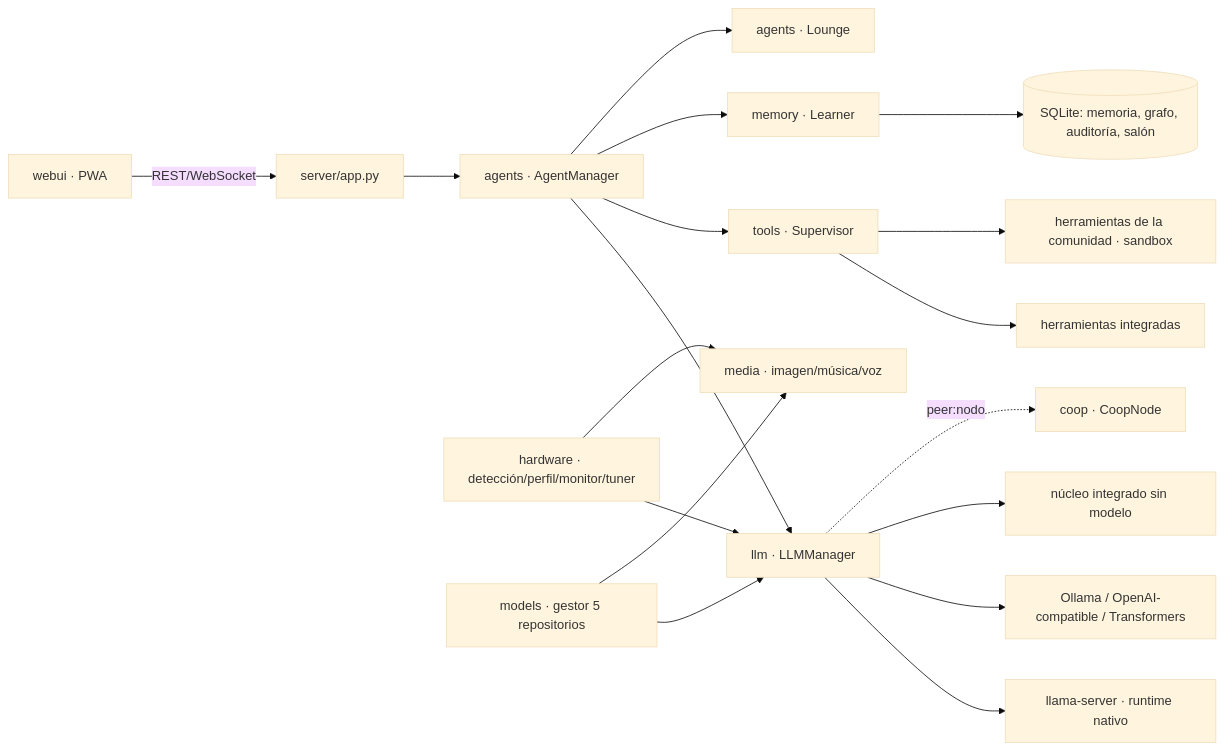
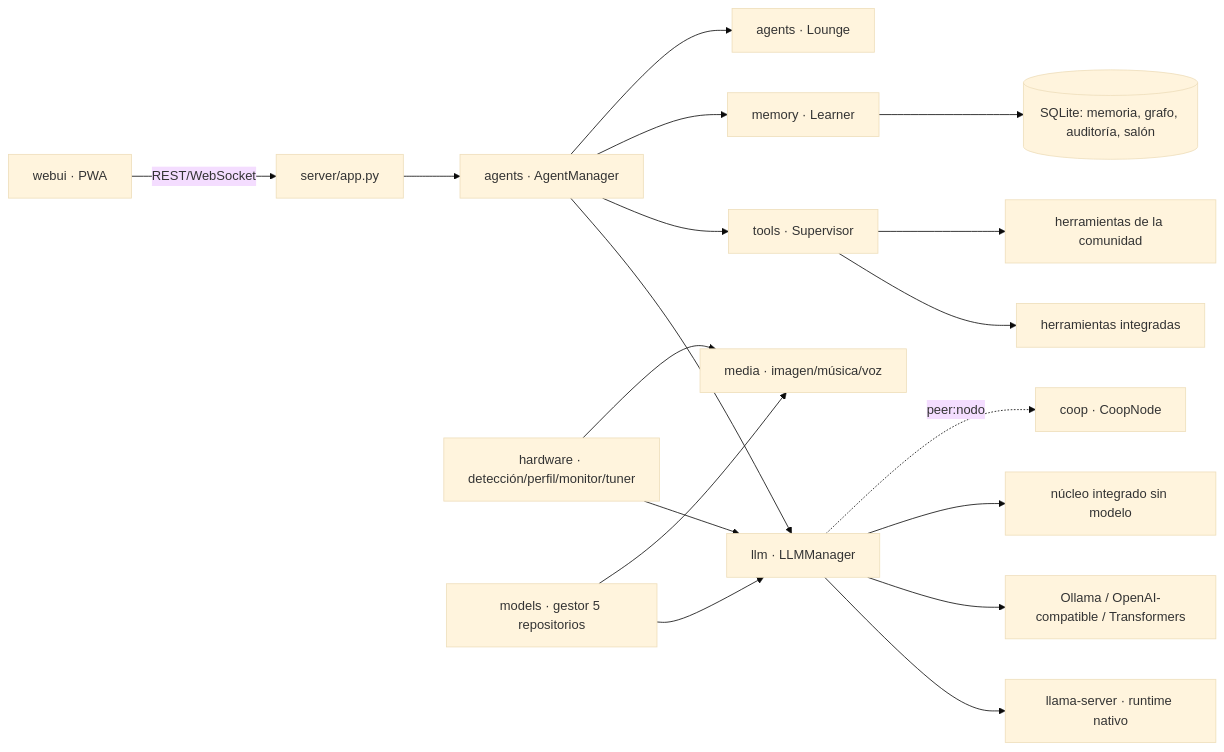
Before and after one commit to JosebaMuro/Nexus-AI: the diagram in nexus-office/docs/ARQUITECTURA.md, drawn with Mermaid (base theme). The commit also changed other lines of this file and 25 other files, not shown here.

First line of the commit message:
Quitar el sandbox de herramientas y agentes (edicion Python)

````diff
--- a/nexus-office/docs/ARQUITECTURA.md
+++ b/nexus-office/docs/ARQUITECTURA.md
@@ -3,20 +3,20 @@
 ```mermaid
 flowchart LR
   UI[webui · PWA] -- REST/WebSocket --> API[server/app.py]
   API --> AG[agents · AgentManager]
   AG --> LLM[llm · LLMManager]
   AG --> SUP[tools · Supervisor]
   AG --> LRN[memory · Learner]
   AG --> LNG[agents · Lounge]
   LLM --> LS[llama-server · runtime nativo]
   LLM --> OL[Ollama / OpenAI-compatible / Transformers]
   LLM --> BI[núcleo integrado sin modelo]
   LLM -. peer:nodo .-> COOP[coop · CoopNode]
   SUP --> TB[herramientas integradas]
-  SUP --> TC[herramientas de la comunidad · sandbox]
+  SUP --> TC[herramientas de la comunidad]
   LRN --> MEM[(SQLite: memoria, grafo, auditoría, salón)]
   HW[hardware · detección/perfil/monitor/tuner] --> LLM
   HW --> MED[media · imagen/música/voz]
   MM[models · gestor 5 repositorios] --> LLM
   MM --> MED
 ```
````
